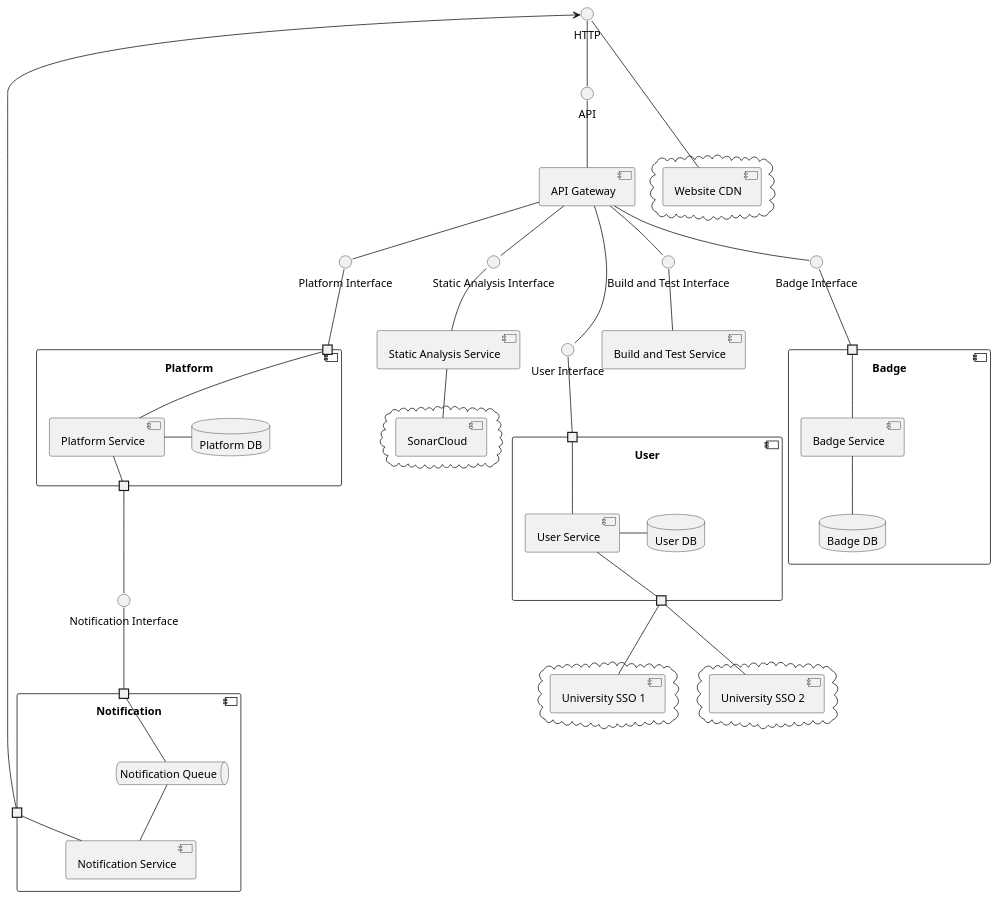
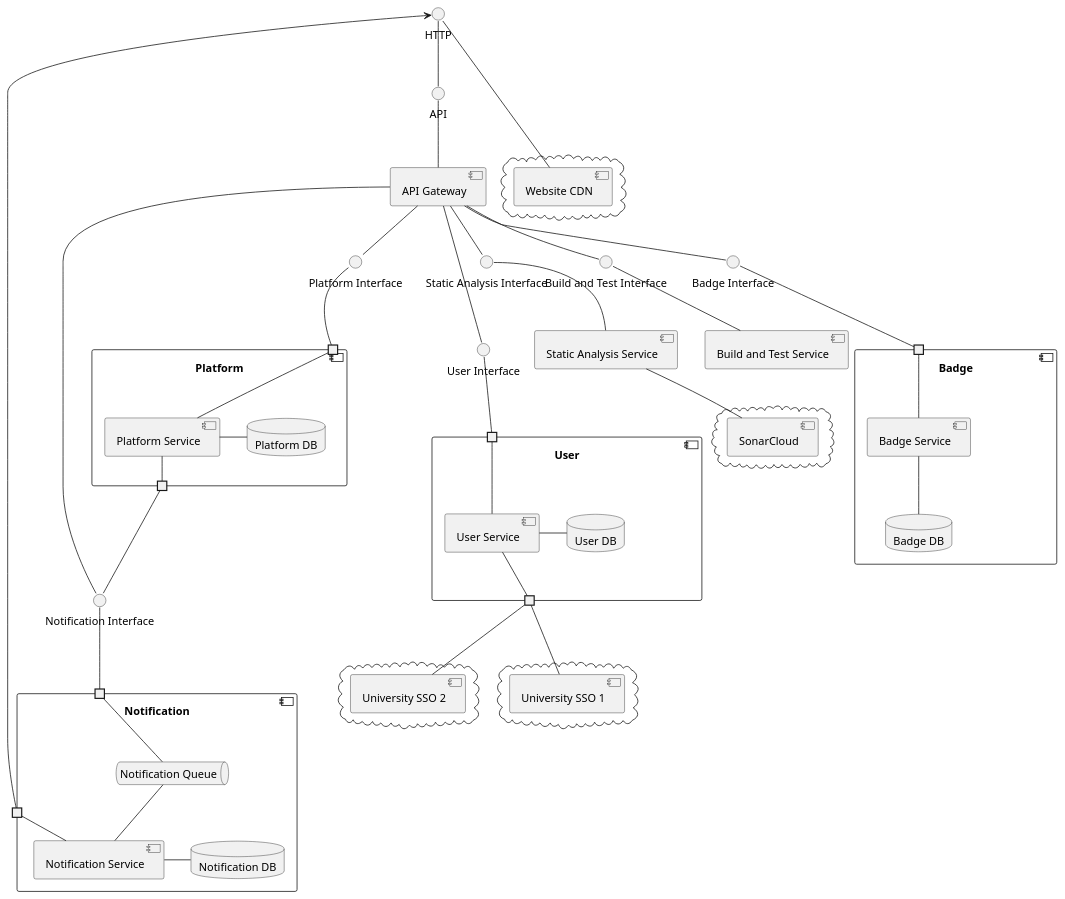
The diagram in dd/puml/component-view.puml (Furrrlo/CodeKataBattle), drawn with PlantUML before and after one commit. The commit also changed 5 other files, not shown here.

```diff
--- a/dd/puml/component-view.puml
+++ b/dd/puml/component-view.puml
@@ -1,106 +1,110 @@
 @startuml Component View
 
 interface HTTP
 
 interface "User Interface" as IUser
 
 component "API Gateway"
 interface "API" as IGateway
 
 interface "User Interface" as IUser
 component User {
     portin "<U+00A0>" as UserPortIn
     portout "<U+00A0>" as UserPortOut
     component "User Service"
     database "User DB"
 }
 
 cloud {
   component "University SSO 1"
 }
 
 cloud {
   component "University SSO 2"
 }
 
 cloud {
     component "Website CDN"
 }
 
 interface "Platform Interface" as IPlatform
 component Platform {
     portin "<U+00A0>" as PlatformPortIn
     portout "<U+00A0>" as PlatformPortOut
     component "Platform Service"
     database "Platform DB"
 }
 
 interface "Notification Interface" as INotification
 component Notification {
     portin "<U+00A0>" as NotificationPortIn
     portout "<U+00A0>" as NotificationPortOut
     queue "Notification Queue"
     component "Notification Service"
+    database "Notification DB"
 }
 
 interface "Badge Interface" as IBadge
 component Badge {
     portin "<U+00A0>" as BadgePort
     component "Badge Service"
     database "Badge DB"
 }
 
 interface "Build and Test Interface" as IBuild
 component "Build and Test Service"
 
 interface "Static Analysis Interface" as ISat
 component "Static Analysis Service"
 cloud {
   component SonarCloud
 }
 
 HTTP -- IGateway
 IGateway -- [API Gateway]
 HTTP --- [Website CDN]
 
 [API Gateway] --- IUser
 IUser -- UserPortIn
 UserPortIn -- [User Service]
 [User Service] - UserPortOut
 [User Service] - [User DB]
 UserPortOut -- [University SSO 1]
 UserPortOut -- [University SSO 2]
 
 [API Gateway] -- IPlatform
 IPlatform -- PlatformPortIn
 PlatformPortIn - [Platform Service]
 [Platform Service] - PlatformPortOut
 [Platform Service] - [Platform DB]
 
 [API Gateway] -- ISat
 ISat -- [Static Analysis Service]
 [Static Analysis Service] -- [SonarCloud]
 
 [API Gateway] -- IBuild
 IBuild -- [Build and Test Service]
 
 [API Gateway] -- IBadge
 IBadge -- BadgePort
 BadgePort - [Badge Service]
 [Badge Service] -- [Badge DB]
 
 NotificationPortIn - [Notification Queue]
 [Notification Queue] -- [Notification Service]
+[Notification Service] - [Notification DB]
 [Notification Service] - NotificationPortOut
 HTTP <- NotificationPortOut
 
+[API Gateway] -- INotification
 PlatformPortOut -- INotification
 INotification -- NotificationPortIn
 
 ' Hidden links to distribute stuff better
-IPlatform -r[hidden]-- ISat : \t\t\t\t\t
+IPlatform -r[hidden]-- ISat : \t\t\t\t\t\t
+IPlatform -d[hidden]- PlatformPortIn : \t\t\t
 ISat -r[hidden]-- IUser : \t\t\t\t\t
 ' IUser -r[hidden]-- IBuild : \t\t\t\t\t
-IBuild -r[hidden]-- IBadge : \t\t\t\t\t
+IBuild -r[hidden]-- IBadge : \t\t\t\t
 
 @enduml
```
